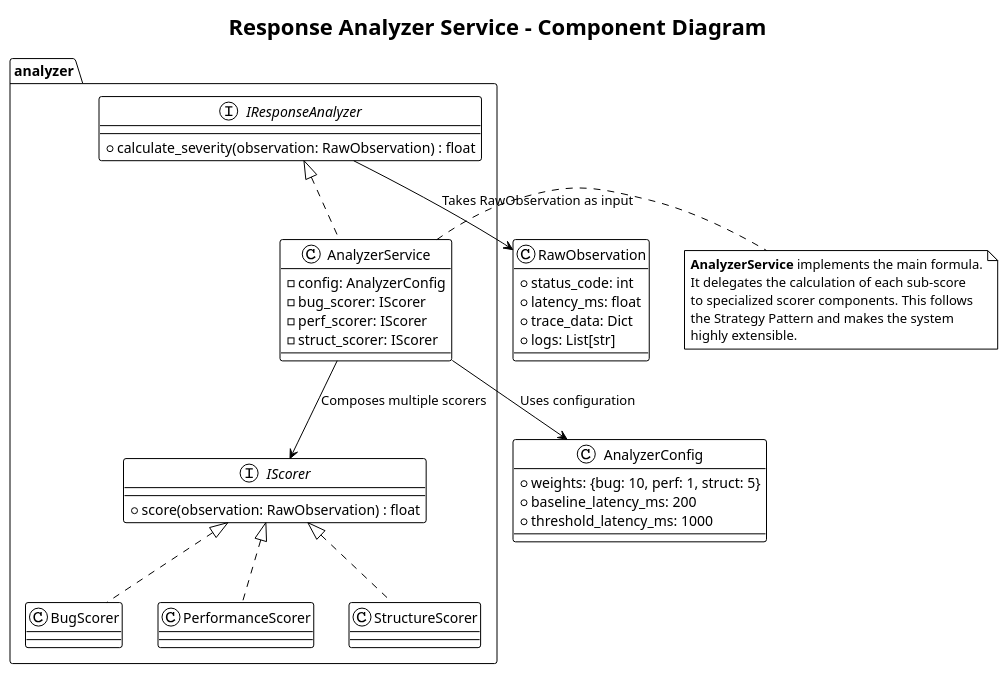
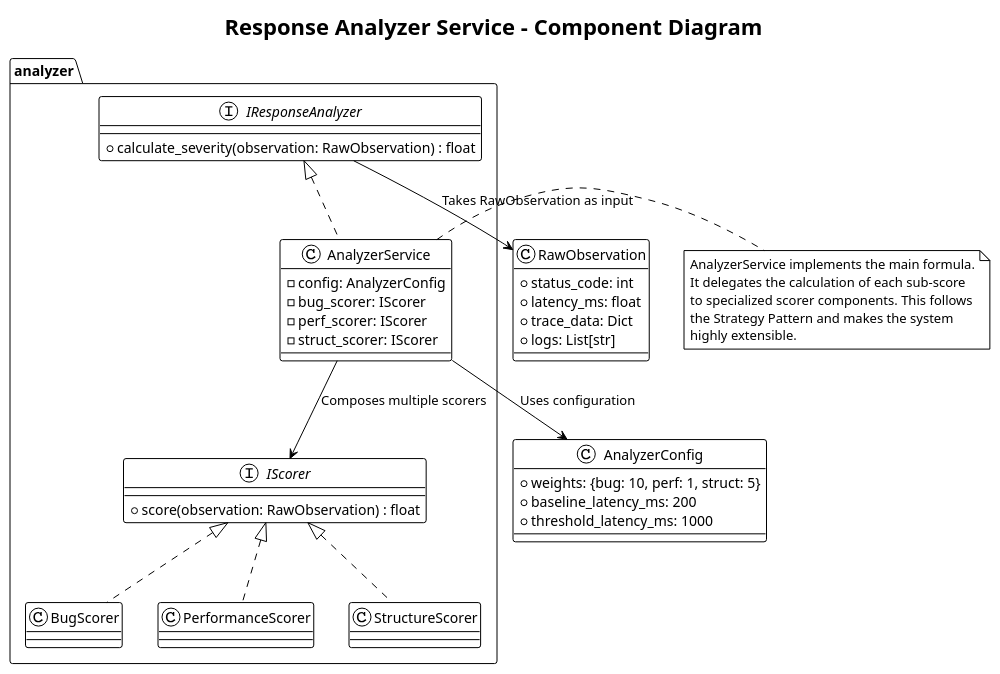
One commit to kalahetun/Minesweeper changed the first of 2 diagrams in recommender/docs/design_doc/Design_3_Response Analyzer.md. Above: the diagram before and after it, drawn with PlantUML. The commit also changed other lines of this file and 27 other files, not shown here.

````diff
--- a/recommender/docs/design_doc/Design_3_Response Analyzer.md
+++ b/recommender/docs/design_doc/Design_3_Response Analyzer.md
@@ -25,77 +25,77 @@
 ```plantuml
 @startuml
 !theme plain
 skinparam rectangle {
     BorderColor #3A3A3A
     BackgroundColor #F0F0F0
 }
 skinparam component {
     BorderColor #3A3A3A
     BackgroundColor #AliceBlue
 }
 skinparam interface {
     BorderColor #3A3A3A
     BackgroundColor #LightYellow
 }
 skinparam artifact {
     BorderColor #3A3A3A
     BackgroundColor #FFFFFF
 }
 
 title Response Analyzer Service - Component Diagram
 
 package "analyzer" {
     interface "IResponseAnalyzer" as IAnalyzer {
         + calculate_severity(observation: RawObservation) : float
     }
 
     class "AnalyzerService" as AnalyzerImpl {
         - config: AnalyzerConfig
         - bug_scorer: IScorer
         - perf_scorer: IScorer
         - struct_scorer: IScorer
     }
 
     AnalyzerImpl .up.|> IAnalyzer
 
     interface "IScorer" as IScorer {
         + score(observation: RawObservation) : float
     }
 
     class "BugScorer"
     class "PerformanceScorer"
     class "StructureScorer"
 
     BugScorer .up.|> IScorer
     PerformanceScorer .up.|> IScorer
     StructureScorer .up.|> IScorer
 }
 
 class "RawObservation" as RawObs {
   + status_code: int
   + latency_ms: float
   + trace_data: Dict
   + logs: List[str]
 }
 
 class "AnalyzerConfig" as Config {
   + weights: {bug: 10, perf: 1, struct: 5}
   + baseline_latency_ms: 200
   + threshold_latency_ms: 1000
 }
 
 AnalyzerImpl --> Config: Uses configuration
 AnalyzerImpl --> IScorer: Composes multiple scorers
 
 IAnalyzer --> RawObs: Takes RawObservation as input
 
 note right of AnalyzerImpl
-  **AnalyzerService** implements the main formula.
+  AnalyzerService implements the main formula.
   It delegates the calculation of each sub-score
   to specialized scorer components. This follows
   the Strategy Pattern and makes the system
   highly extensible.
 end note
 
 @enduml
 ```
````
